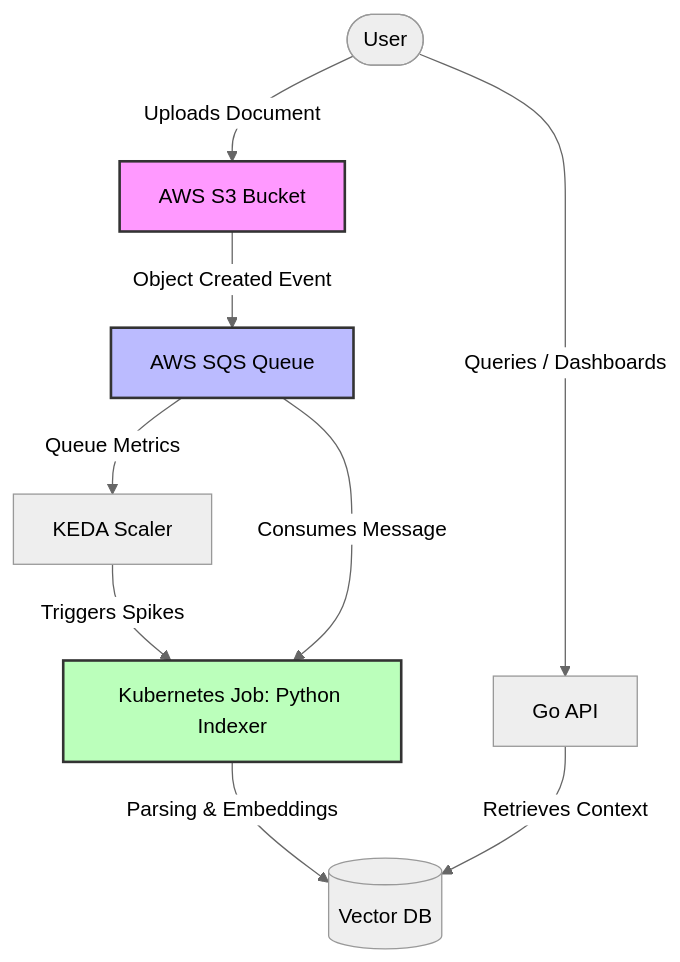
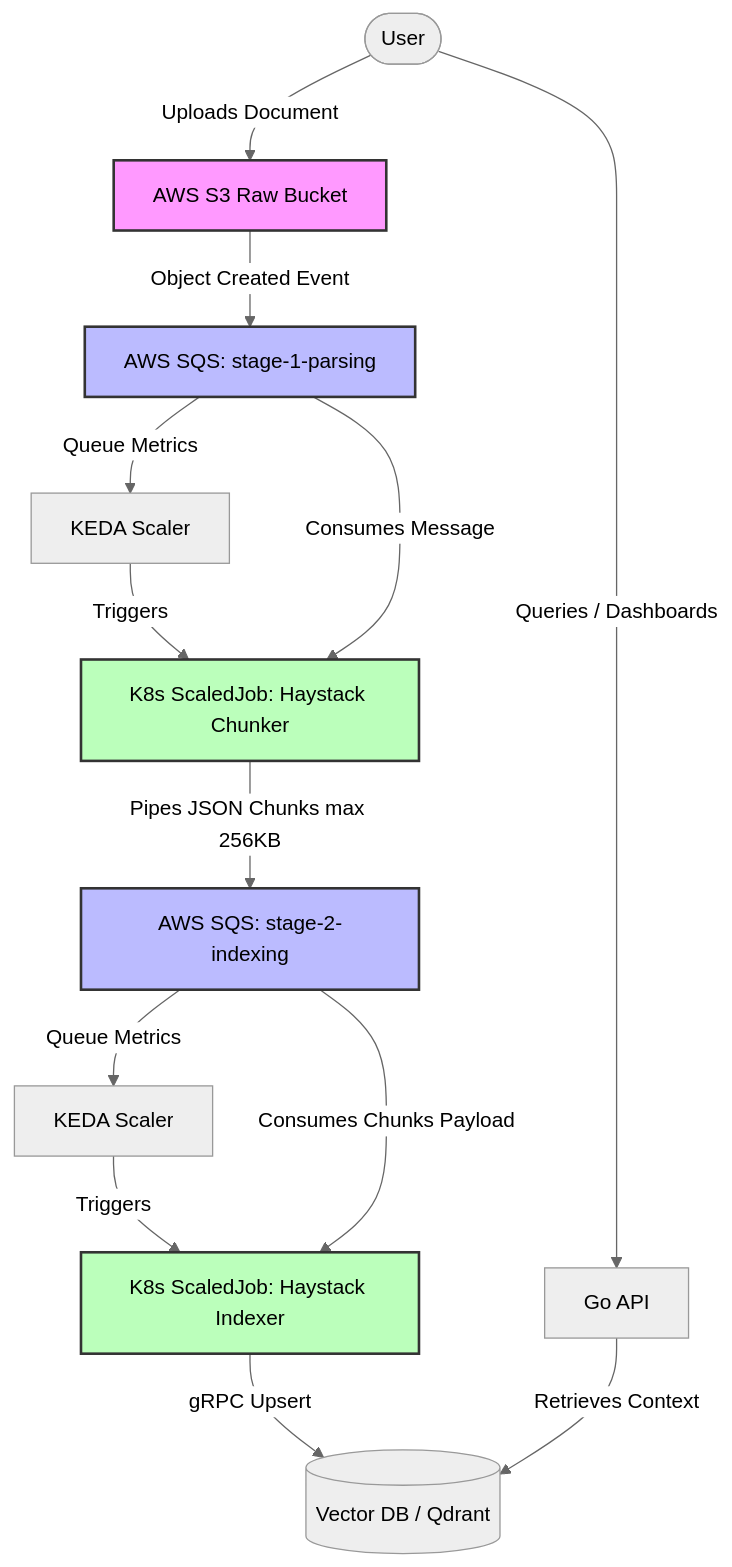
Before and after one commit to maksimillian1/simple-rag: the diagram in docs/adr/0001-system-boundaries.md, drawn with Mermaid (neutral theme). The commit also changed other lines of this file and 9 other files, not shown here.

Commit message:
SR Initial architecture

````diff
--- a/docs/adr/0001-system-boundaries.md
+++ b/docs/adr/0001-system-boundaries.md
@@ -15,16 +17,29 @@
 ```mermaid
 graph TD
-    User([User]) -->|Uploads Document| S3[AWS S3 Bucket]
-    S3 -->|Object Created Event| SQS[AWS SQS Queue]
-    SQS -->|Queue Metrics| KEDA[KEDA Scaler]
-    KEDA -->|Triggers Spikes| Job[Kubernetes Job: Python Indexer]
-    SQS -->|Consumes Message| Job
-    Job -->|Parsing & Embeddings| VDB[(Vector DB)]
+    User([User]) -->|Uploads Document| S3[AWS S3 Raw Bucket]
+    S3 -->|Object Created Event| SQS1[AWS SQS: stage-1-parsing]
     
+    %% Stage 1: Chunker Boundary
+    SQS1 -->|Queue Metrics| KEDA1[KEDA Scaler]
+    KEDA1 -->|Triggers| Job1[K8s ScaledJob: Haystack Chunker]
+    SQS1 -->|Consumes Message| Job1
+    
+    %% Intermediate Payload Passing
+    Job1 -->|Pipes JSON Chunks max 256KB| SQS2[AWS SQS: stage-2-indexing]
+    
+    %% Stage 2: Indexer Boundary
+    SQS2 -->|Queue Metrics| KEDA2[KEDA Scaler]
+    KEDA2 -->|Triggers| Job2[K8s ScaledJob: Haystack Indexer]
+    SQS2 -->|Consumes Chunks Payload| Job2
+    Job2 -->|gRPC Upsert| VDB[(Vector DB / Qdrant)]
+    
+    %% Query Boundary
     User -->|Queries / Dashboards| API[Go API]
     API -->|Retrieves Context| VDB
     
     style S3 fill:#f9f,stroke:#333,stroke-width:2px
-    style SQS fill:#bbf,stroke:#333,stroke-width:2px
-    style Job fill:#bfb,stroke:#333,stroke-width:2px
+    style SQS1 fill:#bbf,stroke:#333,stroke-width:2px
+    style SQS2 fill:#bbf,stroke:#333,stroke-width:2px
+    style Job1 fill:#bfb,stroke:#333,stroke-width:2px
+    style Job2 fill:#bfb,stroke:#333,stroke-width:2px
 ```
````
